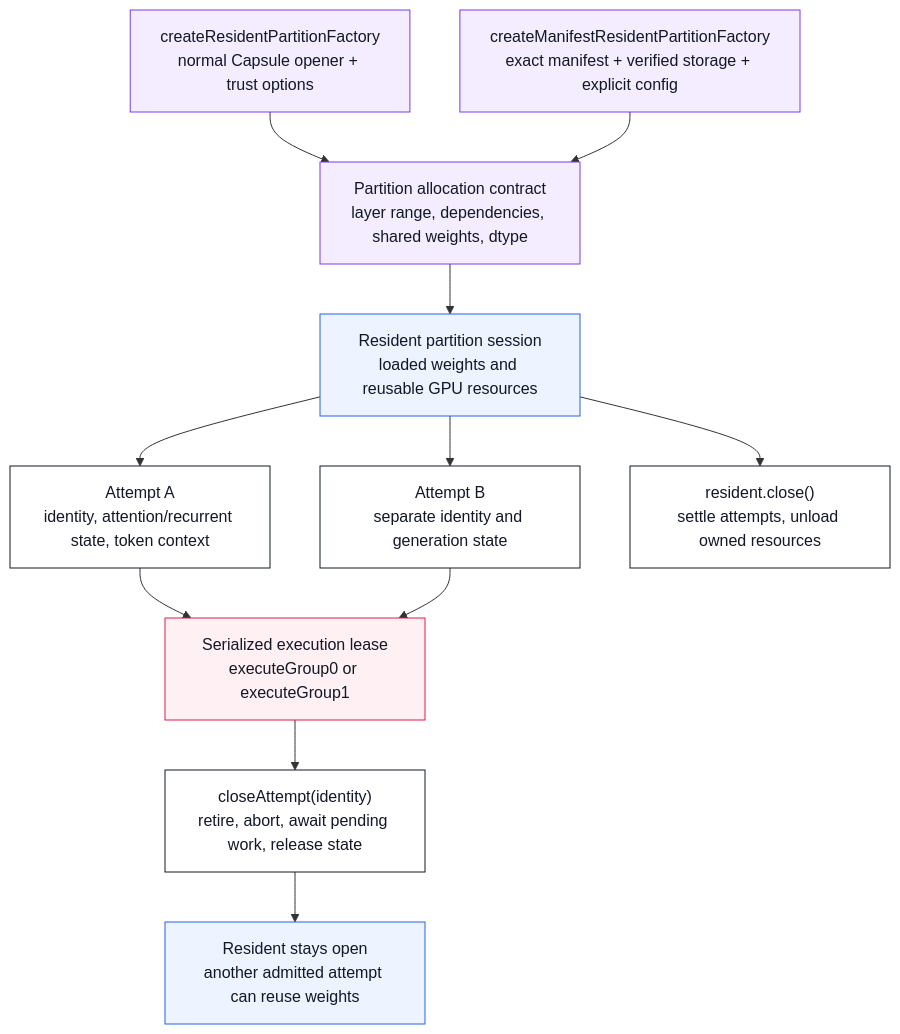
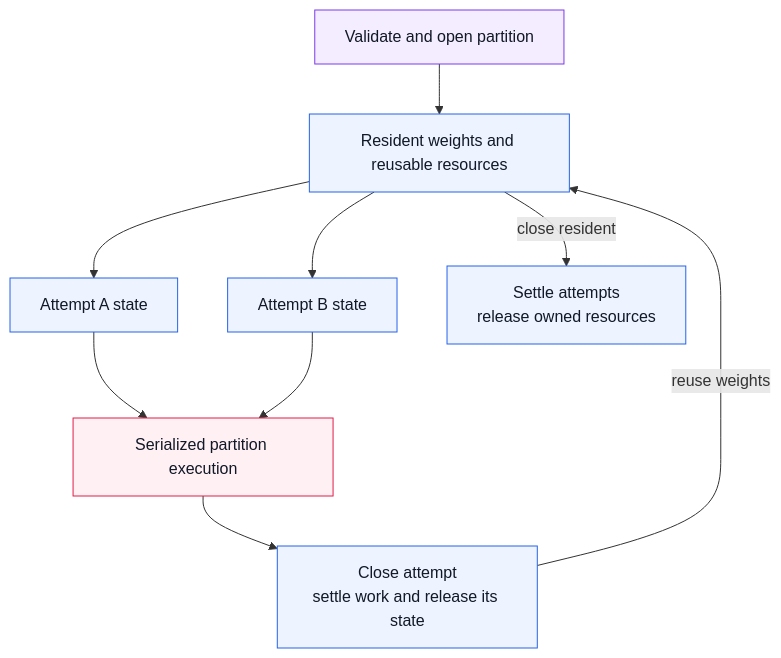
One commit to clocksmith/doppler changed the second of 2 diagrams in README.md. Above: the diagram before and after it, drawn with Mermaid. The commit also changed other lines of this file and 2 other files, not shown here.

Commit message:
docs: simplify Doppler README around two consistent diagrams

````diff
--- a/README.md
+++ b/README.md
@@ -184,30 +55,17 @@
 ```mermaid
 flowchart TB
-    CAPS["createResidentPartitionFactory<br/>normal Capsule opener + trust options"]
-    MAN["createManifestResidentPartitionFactory<br/>exact manifest + verified storage + explicit config"]
-    ALLOC["Partition allocation contract<br/>layer range, dependencies, shared weights, dtype"]
-    RES["Resident partition session<br/>loaded weights and reusable GPU resources"]
-    A["Attempt A<br/>identity, attention/recurrent state, token context"]
-    B["Attempt B<br/>separate identity and generation state"]
-    STEP["Serialized execution lease<br/>executeGroup0 or executeGroup1"]
-    CLOSE["closeAttempt(identity)<br/>retire, abort, await pending work, release state"]
-    REUSE["Resident stays open<br/>another admitted attempt can reuse weights"]
-    DISPOSE["resident.close()<br/>settle attempts, unload owned resources"]
-    CAPS --> ALLOC
-    MAN --> ALLOC
-    ALLOC --> RES
-    RES --> A
-    RES --> B
-    A --> STEP
+    OPEN["Validate and open partition"] --> RES["Resident weights and reusable resources"]
+    RES --> A["Attempt A state"]
+    RES --> B["Attempt B state"]
+    A --> STEP["Serialized partition execution"]
     B --> STEP
-    STEP --> CLOSE --> REUSE
-    RES --> DISPOSE
+    STEP --> CLOSE["Close attempt<br/>settle work and release its state"]
+    CLOSE -->|reuse weights| RES
+    RES -->|close resident| FREE["Settle attempts<br/>release owned resources"]
     classDef contract fill:#f3edff,stroke:#7c3aed,color:#111827
-    classDef resident fill:#edf3ff,stroke:#2563eb,color:#111827
-    classDef attempt fill:#ffffff,stroke:#111827,color:#111827
+    classDef resource fill:#edf3ff,stroke:#2563eb,color:#111827
     classDef compute fill:#fff0f3,stroke:#e11d48,color:#111827
-    class CAPS,MAN,ALLOC contract
-    class RES,REUSE resident
-    class A,B,CLOSE,DISPOSE attempt
+    class OPEN contract
+    class RES,A,B,CLOSE,FREE resource
     class STEP compute
 ```
````
